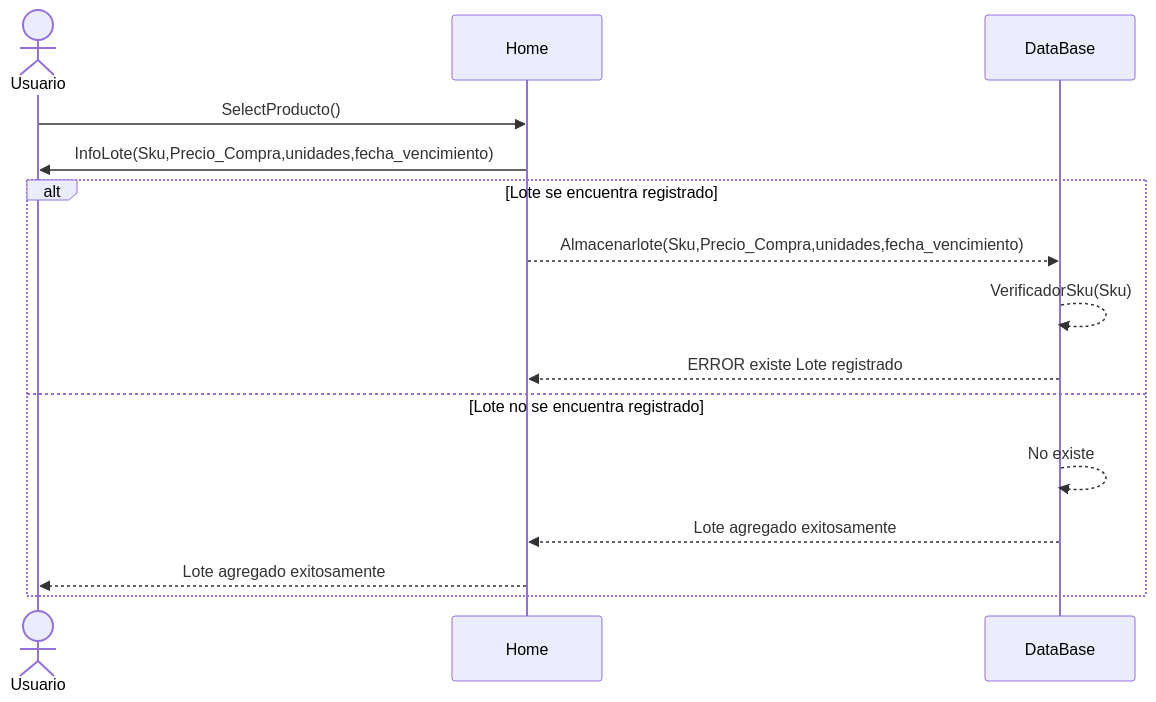
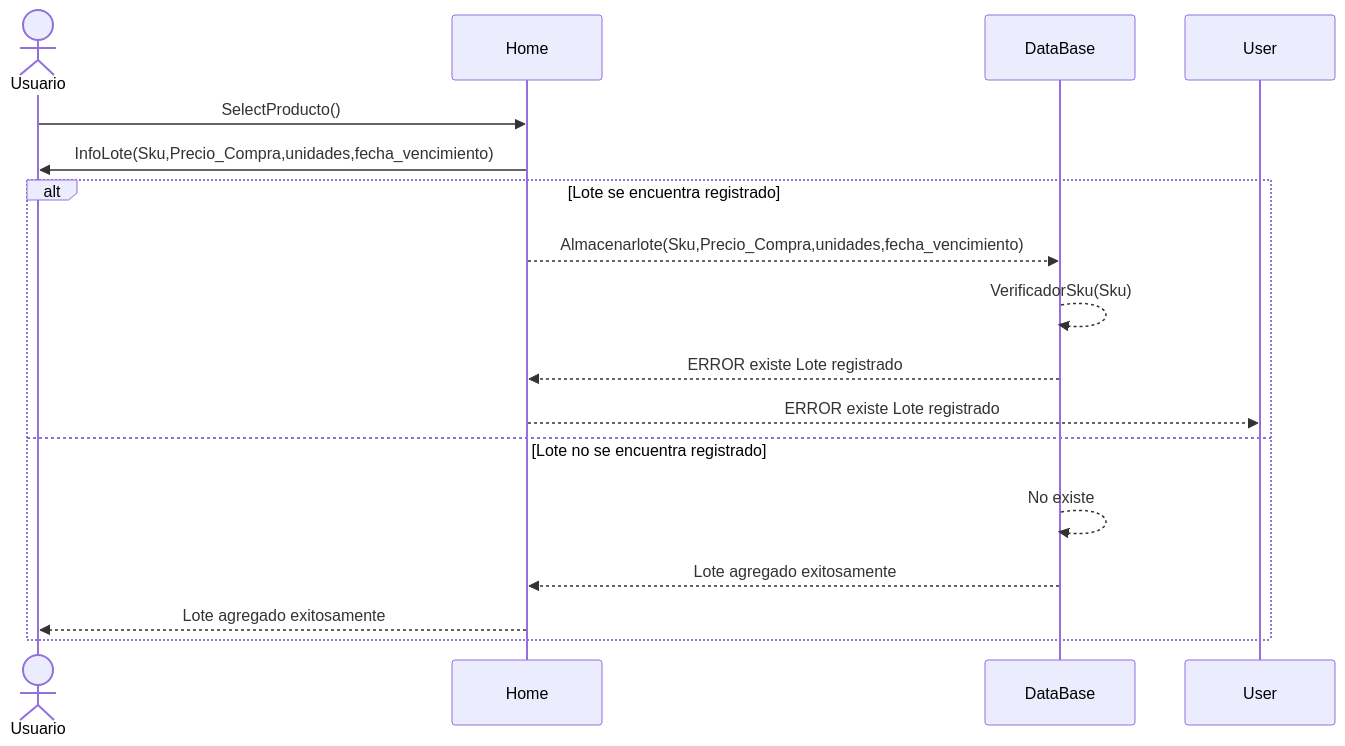
One commit to CokkeDev/Mi-Negocio changed the fourth of 4 diagrams in README.md. Above: the diagram before and after it, drawn with Mermaid.

Commit message:
Diagram of Secuence user combines batches of the products
Modify Diagram of Secuence User combines batches of the products, Add home - user : Error existe lote registrado in  README.md

````diff
--- a/README.md
+++ b/README.md
@@ -159,18 +159,20 @@
 ```mermaid
 sequenceDiagram
     actor Usuario
     participant Home
     participant DataBase
     Usuario->>Home: SelectProducto();
     Home->>Usuario: InfoLote(Sku,Precio_Compra,unidades,fecha_vencimiento);
 
     alt Lote se encuentra registrado
         Home-->>DataBase: Almacenarlote(Sku,Precio_Compra,unidades,fecha_vencimiento);
         DataBase-->>DataBase: VerificadorSku(Sku);
         DataBase-->>Home: ERROR existe Lote registrado
+        Home-->>User: ERROR existe Lote registrado
+
     else Lote no se encuentra registrado
         DataBase-->>DataBase: No existe
         DataBase-->>Home: Lote agregado exitosamente;
         Home-->>Usuario: Lote agregado exitosamente;
     end
 ```
````
